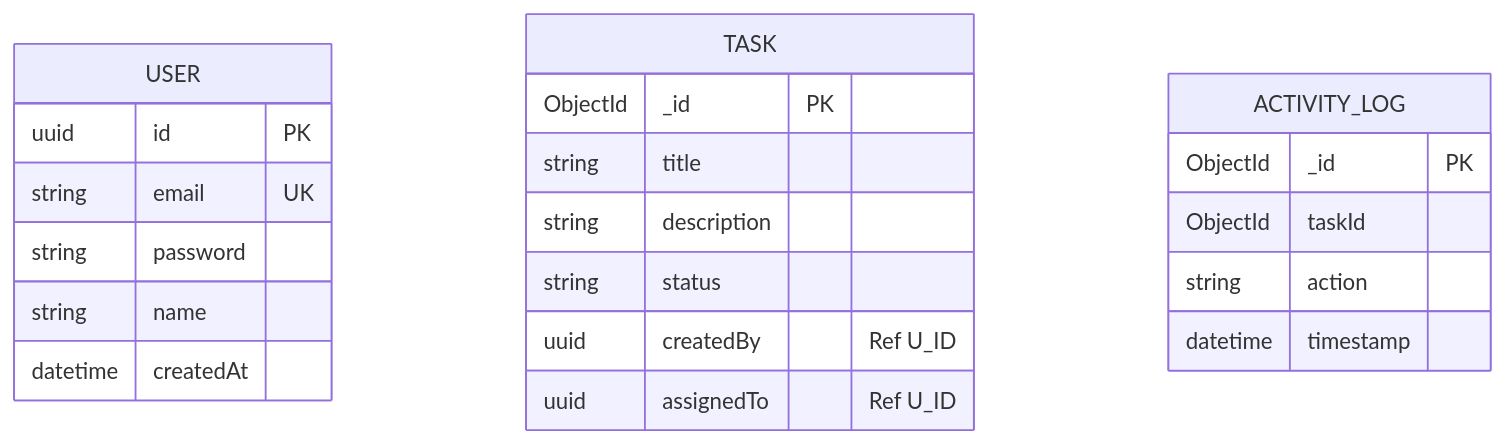
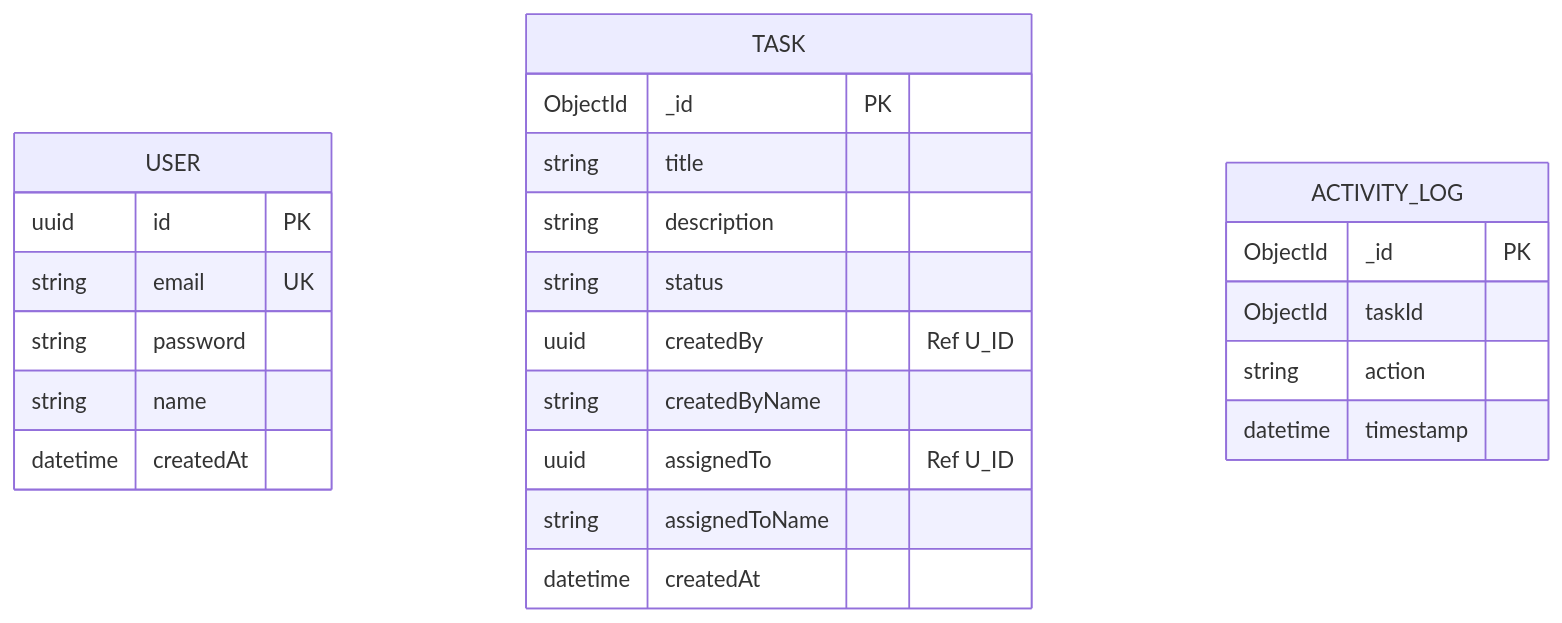
One commit to mika1511/Task-Manager changed the fourth of 4 diagrams in README.md. Above: the diagram before and after it, drawn with Mermaid. The commit also changed other lines of this file and 27 other files, not shown here.

````diff
--- a/README.md
+++ b/README.md
@@ -211,28 +211,31 @@
 ```mermaid
 erDiagram
     %% PostgreSQL
     USER {
         uuid id PK
         string email UK
         string password
         string name
         datetime createdAt
     }
 
     %% MongoDB structure mapping conceptually
     TASK {
         ObjectId _id PK
         string title
         string description
         string status
         uuid createdBy "Ref U_ID"
+        string createdByName
         uuid assignedTo "Ref U_ID"
+        string assignedToName
+        datetime createdAt
     }
 
     ACTIVITY_LOG {
         ObjectId _id PK
         ObjectId taskId
         string action
         datetime timestamp
     }
 ```
````
